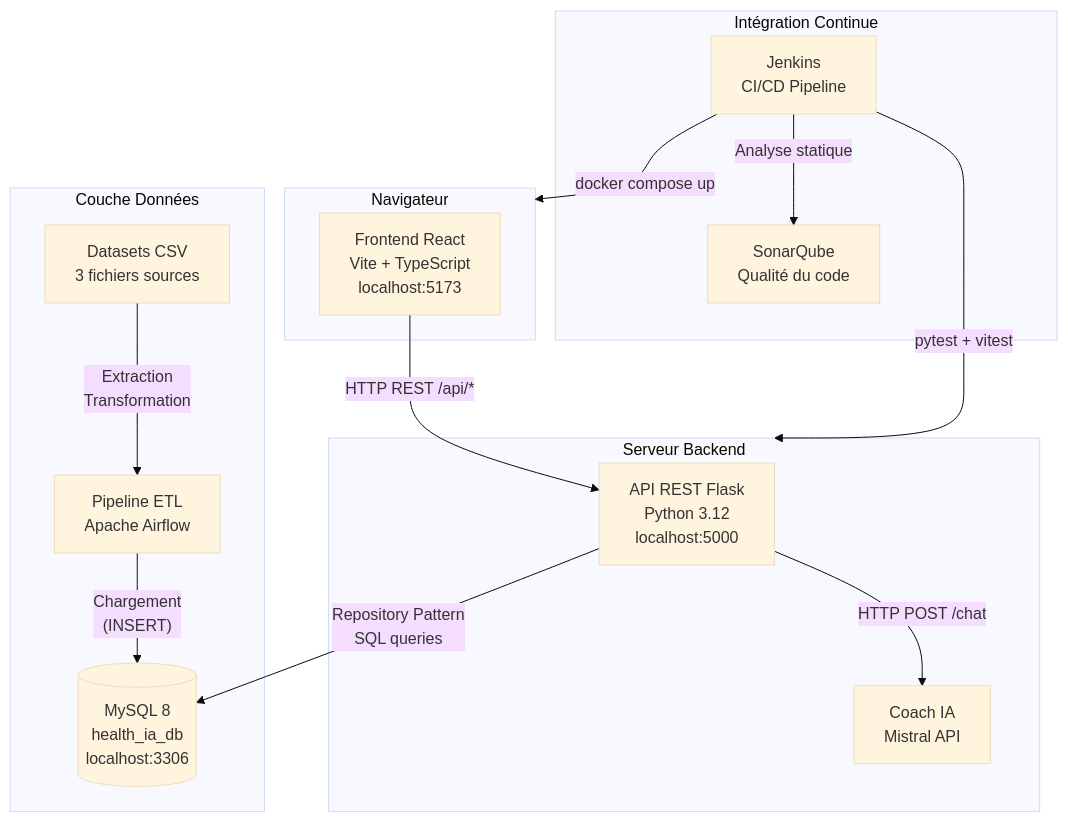
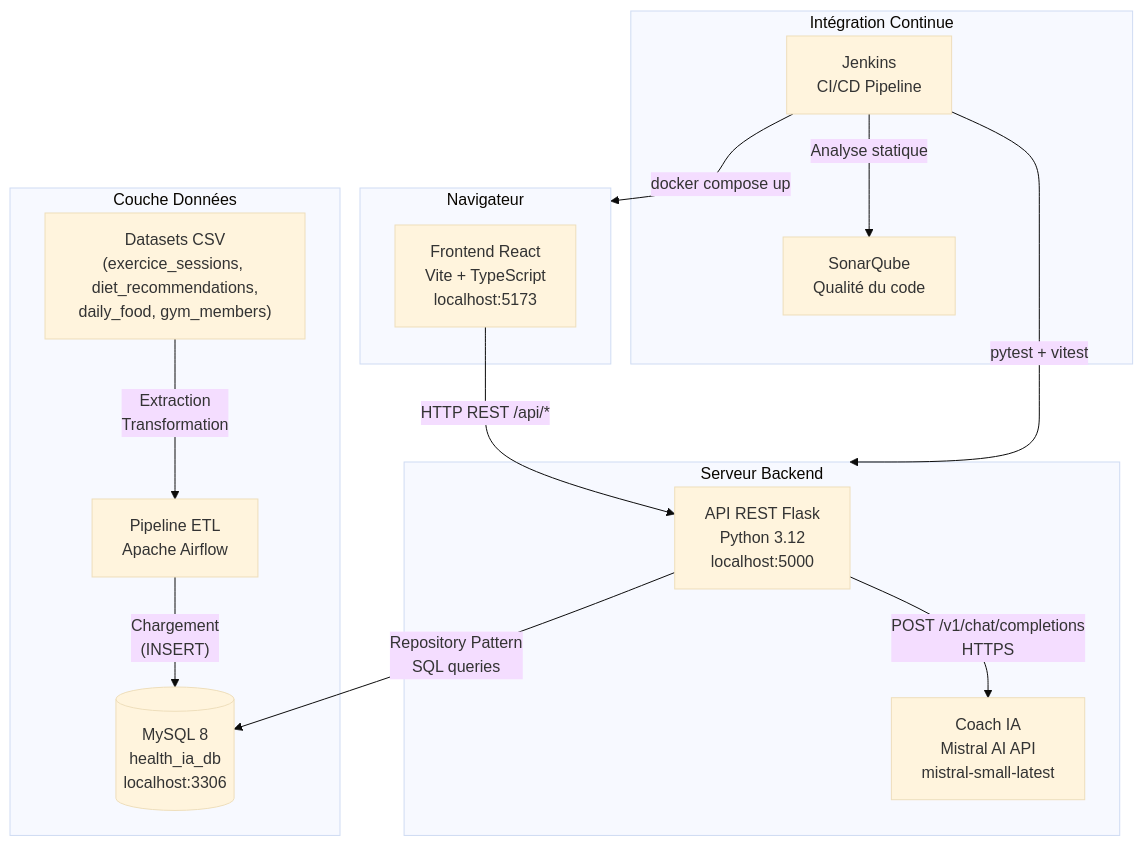
Before and after one commit to LeChatmot/projetMSPR1: the first of 2 diagrams in docs/architecture.md, drawn with Mermaid (base theme). The commit also changed other lines of this file and 30 other files, not shown here.

````diff
--- a/docs/architecture.md
+++ b/docs/architecture.md
@@ -11,31 +11,31 @@
 ```mermaid
 graph TB
     subgraph Client["Navigateur"]
         UI["Frontend React\nVite + TypeScript\nlocalhost:5173"]
     end
 
     subgraph Backend["Serveur Backend"]
         API["API REST Flask\nPython 3.12\nlocalhost:5000"]
-        Mistral["Coach IA\nMistral API"]
+        Mistral["Coach IA\nMistral AI API\nmistral-small-latest"]
     end
 
     subgraph Data["Couche Données"]
         DB[("MySQL 8\nhealth_ia_db\nlocalhost:3306")]
         ETL["Pipeline ETL\nApache Airflow"]
-        CSV["Datasets CSV\n3 fichiers sources"]
+        CSV["Datasets CSV\n(exercice_sessions, diet_recommendations,\ndaily_food, gym_members)"]
     end
 
     subgraph CI["Intégration Continue"]
         Jenkins["Jenkins\nCI/CD Pipeline"]
         Sonar["SonarQube\nQualité du code"]
     end
 
     UI -->|"HTTP REST /api/*"| API
     API -->|"Repository Pattern\nSQL queries"| DB
-    API -->|"HTTP POST /chat"| Mistral
+    API -->|"POST /v1/chat/completions\nHTTPS"| Mistral
     CSV -->|"Extraction\nTransformation"| ETL
     ETL -->|"Chargement\n(INSERT)"| DB
     Jenkins -->|"Analyse statique"| Sonar
     Jenkins -->|"pytest + vitest"| Backend
     Jenkins -->|"docker compose up"| Client
 ```
````
